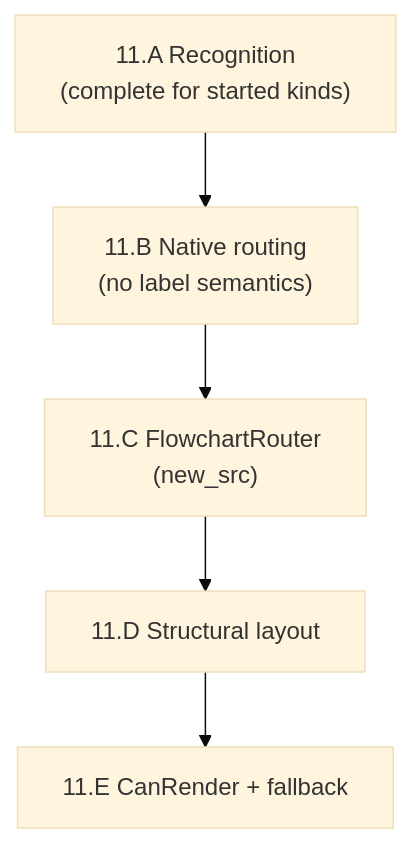
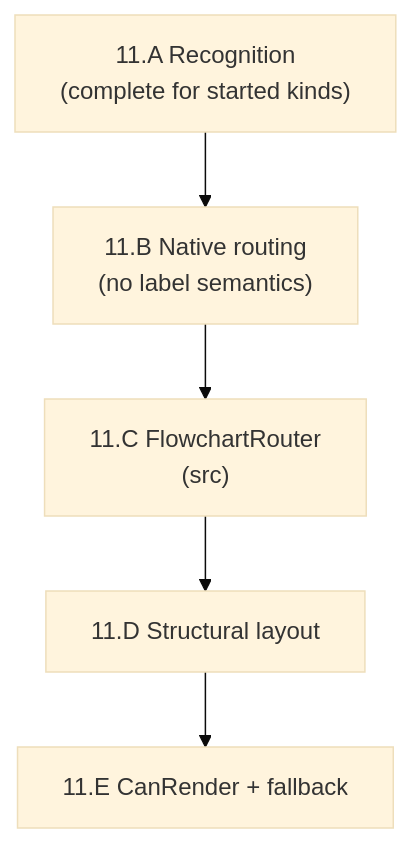
Before and after one commit to VaderConsulting/MarkdownToDocX: diagram 14 of 23 in spec.md, drawn with Mermaid (base theme). The commit also changed other lines of this file and 16 other files, not shown here.

````diff
--- a/spec.md
+++ b/spec.md
@@ -2400,10 +2403,10 @@
 ```mermaid
 flowchart TB
   A["11.A Recognition\n(complete for started kinds)"]
   B["11.B Native routing\n(no label semantics)"]
-  C["11.C FlowchartRouter\n(new_src)"]
+  C["11.C FlowchartRouter\n(src)"]
   D["11.D Structural layout"]
   E["11.E CanRender + fallback"]
 
   A --> B --> C --> D --> E
 ```
````
